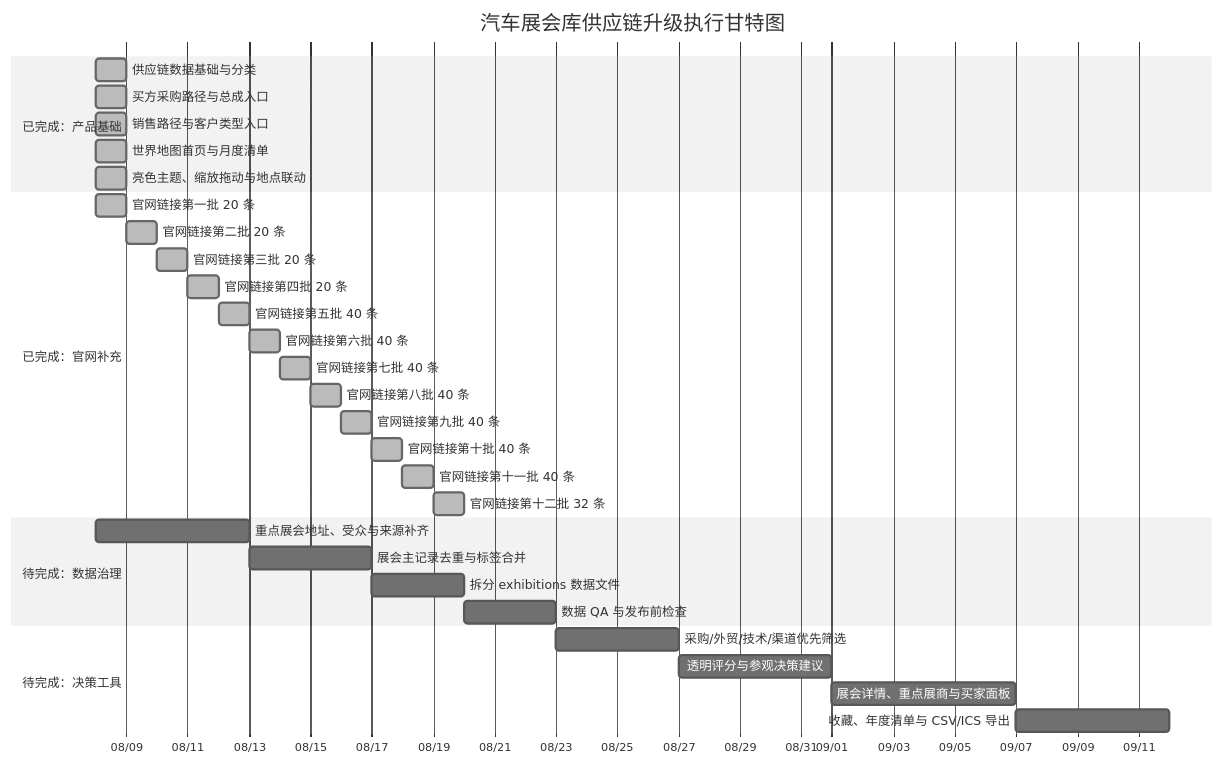
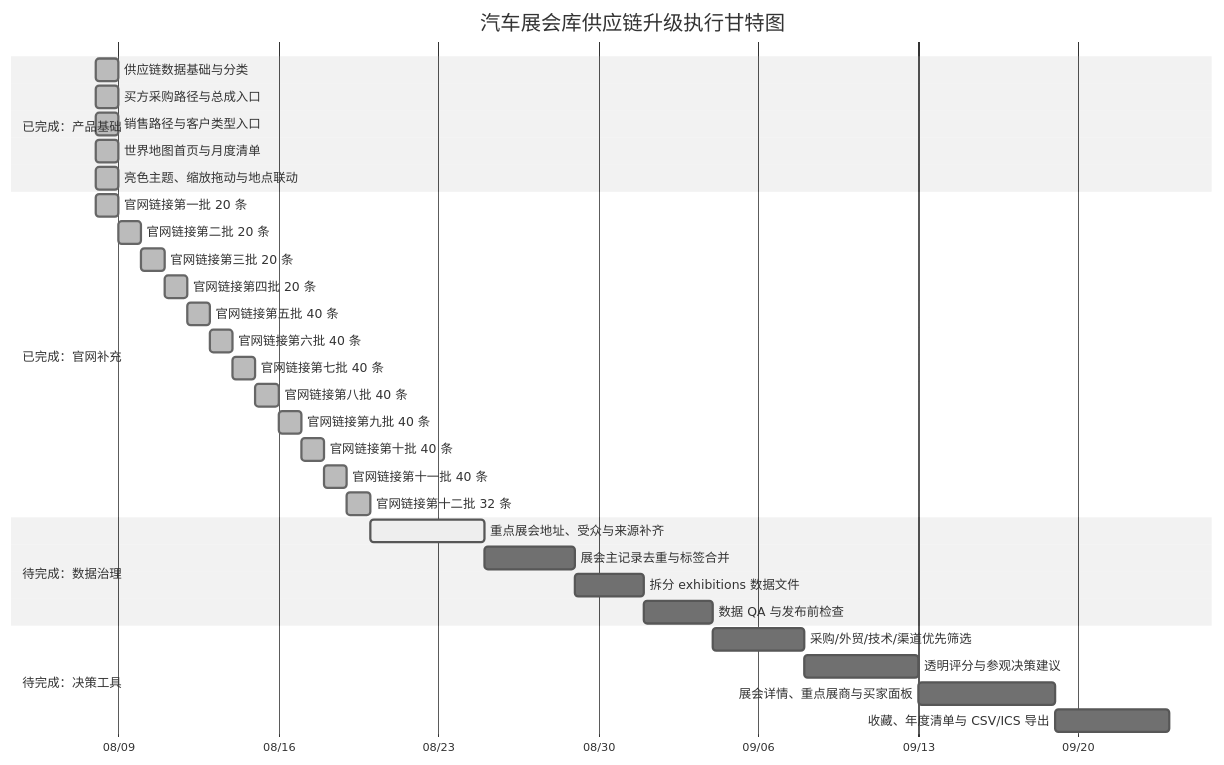
Before and after one commit to Cloudyluk/auto-expo: the diagram in docs/PROJECT_PROGRESS.md, drawn with Mermaid (neutral theme). The commit also changed other lines of this file and 3 other files, not shown here.

````diff
--- a/docs/PROJECT_PROGRESS.md
+++ b/docs/PROJECT_PROGRESS.md
@@ -19,35 +20,35 @@
 ```mermaid
 gantt
     title 汽车展会库供应链升级执行甘特图
     dateFormat  YYYY-MM-DD
     axisFormat  %m/%d
     section 已完成：产品基础
     供应链数据基础与分类             :done, foundation, 2026-08-08, 1d
     买方采购路径与总成入口           :done, buyer, 2026-08-08, 1d
     销售路径与客户类型入口           :done, seller, 2026-08-08, 1d
     世界地图首页与月度清单           :done, map, 2026-08-08, 1d
     亮色主题、缩放拖动与地点联动     :done, interaction, 2026-08-08, 1d
     section 已完成：官网补充
     官网链接第一批 20 条             :done, links1, 2026-08-08, 1d
     官网链接第二批 20 条             :done, links2, after links1, 1d
     官网链接第三批 20 条             :done, links3, after links2, 1d
     官网链接第四批 20 条             :done, links4, after links3, 1d
     官网链接第五批 40 条             :done, links5done, after links4, 1d
     官网链接第六批 40 条             :done, links6done, after links5done, 1d
     官网链接第七批 40 条             :done, links7done, after links6done, 1d
     官网链接第八批 40 条             :done, links8done, after links7done, 1d
     官网链接第九批 40 条             :done, links9done, after links8done, 1d
     官网链接第十批 40 条             :done, links10done, after links9done, 1d
     官网链接第十一批 40 条           :done, links11done, after links10done, 1d
     官网链接第十二批 32 条           :done, links12done, after links11done, 1d
     section 待完成：数据治理
-    重点展会地址、受众与来源补齐     :fields, after links5, 5d
+    重点展会地址、受众与来源补齐     :active, fields, after links12done, 5d
     展会主记录去重与标签合并         :dedupe, after fields, 4d
     拆分 exhibitions 数据文件        :split, after dedupe, 3d
     数据 QA 与发布前检查              :qa, after split, 3d
     section 待完成：决策工具
     采购/外贸/技术/渠道优先筛选       :filters, after qa, 4d
     透明评分与参观决策建议           :score, after filters, 5d
     展会详情、重点展商与买家面板      :detail, after score, 6d
     收藏、年度清单与 CSV/ICS 导出     :plan, after detail, 5d
 ```
````
